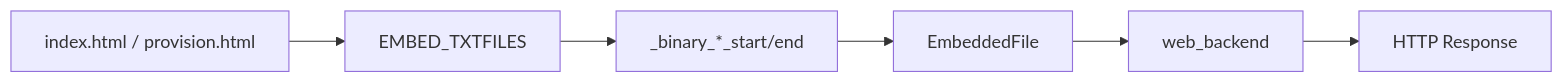
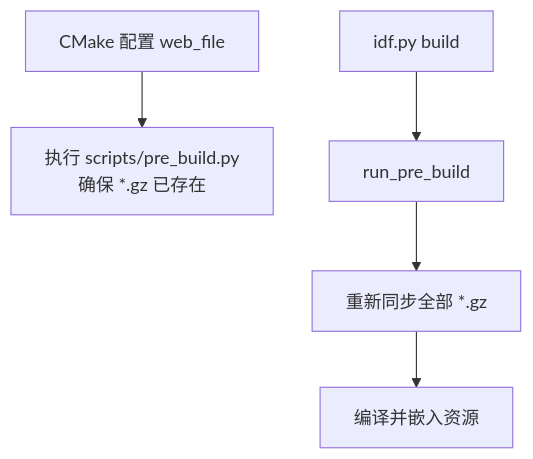
One commit to qingmeijiupiao/Wireless_power_meter_lite changed the second of 2 diagrams in components/assets/web_file/README.md. Above: the diagram before and after it, drawn with Mermaid. The commit also changed other lines of this file and 7 other files, not shown here.

````diff
--- a/components/assets/web_file/README.md
+++ b/components/assets/web_file/README.md
@@ -38,8 +28,7 @@
 ```mermaid
-flowchart LR
-    HTML["index.html / provision.html"] --> Embed["EMBED_TXTFILES"]
-    Embed --> Symbols["_binary_*_start/end"]
-    Symbols --> WebFile["EmbeddedFile"]
-    WebFile --> Backend["web_backend"]
-    Backend --> Client["HTTP Response"]
+flowchart TD
+    Configure["CMake 配置 web_file"] --> Ensure["执行 scripts/pre_build.py<br/>确保 *.gz 已存在"]
+    Build["idf.py build"] --> Target["run_pre_build"]
+    Target --> Refresh["重新同步全部 *.gz"]
+    Refresh --> Compile["编译并嵌入资源"]
 ```
````
